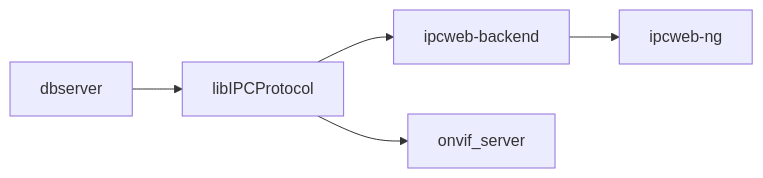
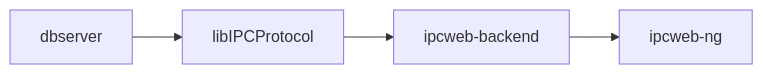
Before and after one commit to mfkiwl/rk-open-docs: the diagram in Dept3/Linux/ApplicationNote/Rockchip_Developer_Guide_Linux_Application_Framework/Rockchip_Developer_Guide_Linux_Application_Framework_CN.md, drawn with Mermaid. The commit also changed other lines of this file and 1 other file, not shown here.

Commit message:
Dept3/linux: Application Framework: Delete the onvif_server part

````diff
--- a/Dept3/Linux/ApplicationNote/Rockchip_Developer_Guide_Linux_Application_Framework/Rockchip_Developer_Guide_Linux_Application_Framework_CN.md
+++ b/Dept3/Linux/ApplicationNote/Rockchip_Developer_Guide_Linux_Application_Framework/Rockchip_Developer_Guide_Linux_Application_Framework_CN.md
@@ -1016,7 +872,6 @@
 ```mermaid
 graph LR
 	dbserver --> libIPCProtocol
 	libIPCProtocol --> ipcweb-backend
 	ipcweb-backend --> ipcweb-ng
-	libIPCProtocol --> onvif_server
 ```
````
